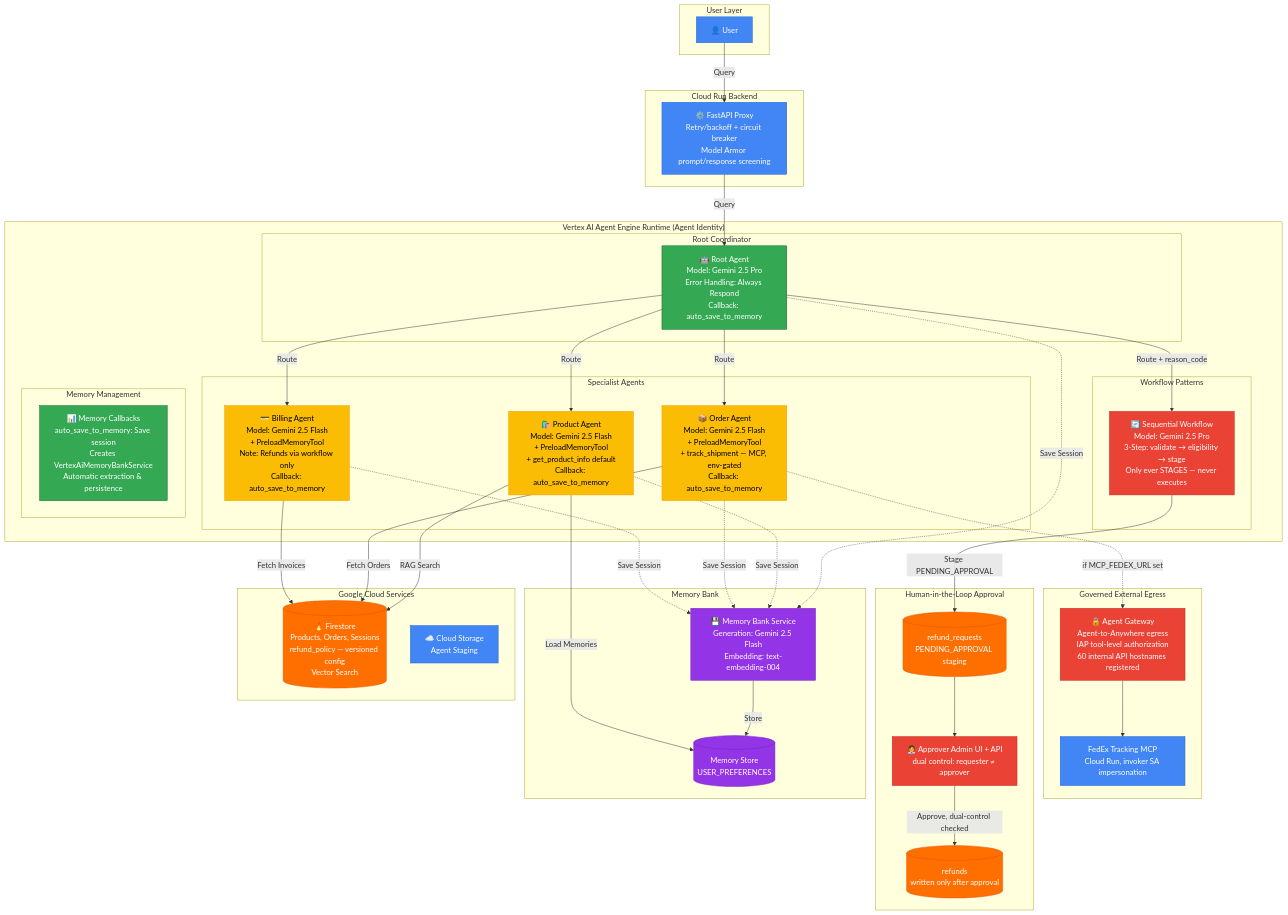
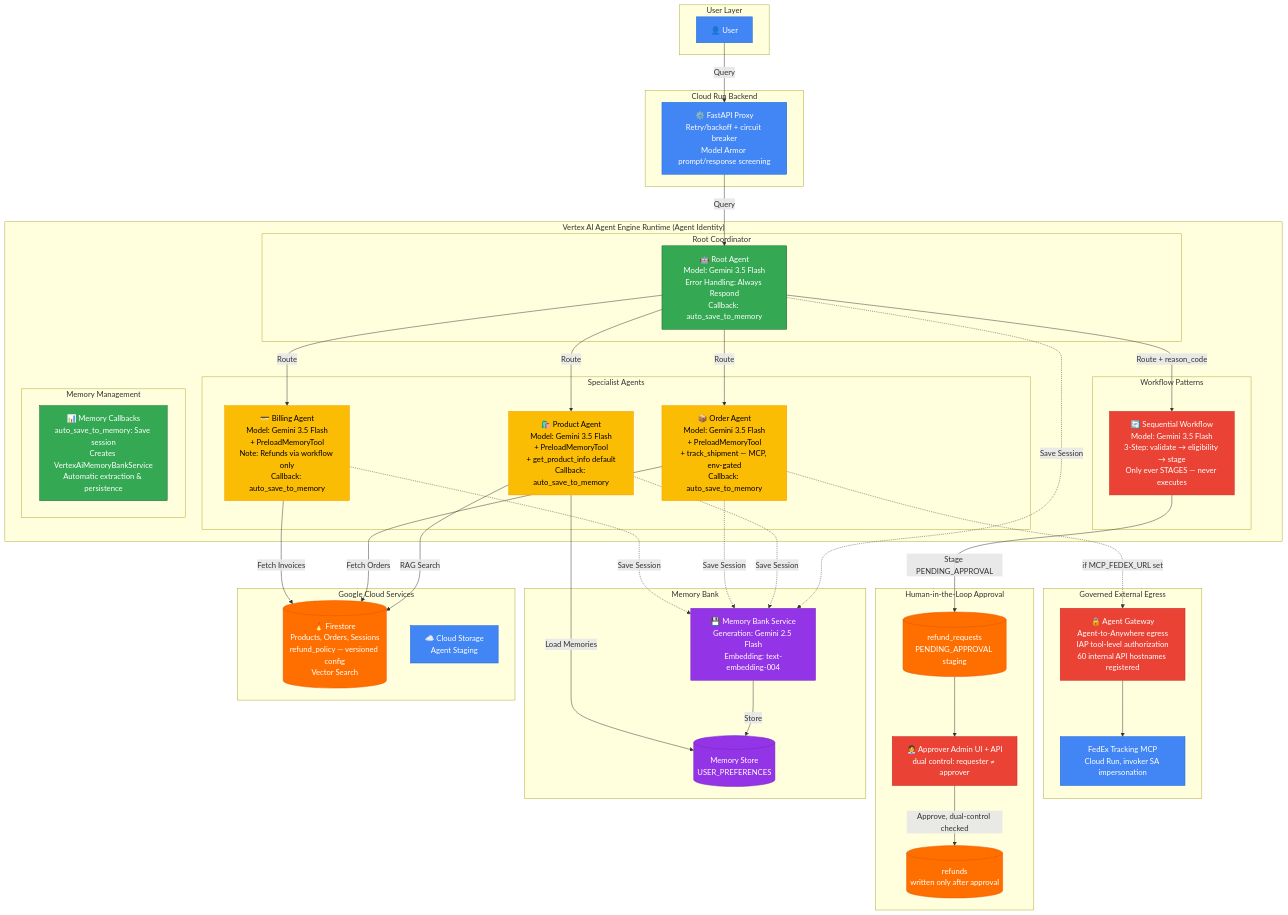
One commit to Saoussen-CH/adk-multiagent-production-template changed the diagram in docs/diagrams/system-overview.mmd. Above: the diagram before and after it, drawn with Mermaid. The commit also changed 10 other files, not shown here.

First line of the commit message:
docs: update stale Gemini 2.5 Pro/Flash references to 3.5 Flash

```diff
--- a/docs/diagrams/system-overview.mmd
+++ b/docs/diagrams/system-overview.mmd
@@ -1,95 +1,95 @@
 %% Multi-Agent Customer Support System - System Overview
 %% Google Cloud Platform Style
 
 graph TB
     subgraph "User Layer"
         User[👤 User]
     end
 
     subgraph "Cloud Run Backend"
         Backend[⚙️ FastAPI Proxy<br/>Retry/backoff + circuit breaker<br/>Model Armor prompt/response screening]
     end
 
     subgraph "Vertex AI Agent Engine Runtime (Agent Identity)"
         subgraph "Root Coordinator"
-            RootAgent[🤖 Root Agent<br/>Model: Gemini 2.5 Pro<br/>Error Handling: Always Respond<br/>Callback: auto_save_to_memory]
+            RootAgent[🤖 Root Agent<br/>Model: Gemini 3.5 Flash<br/>Error Handling: Always Respond<br/>Callback: auto_save_to_memory]
         end
 
         subgraph "Specialist Agents"
-            ProductAgent[🛍️ Product Agent<br/>Model: Gemini 2.5 Flash<br/>+ PreloadMemoryTool<br/>+ get_product_info default<br/>Callback: auto_save_to_memory]
-            OrderAgent[📦 Order Agent<br/>Model: Gemini 2.5 Flash<br/>+ PreloadMemoryTool<br/>+ track_shipment — MCP, env-gated<br/>Callback: auto_save_to_memory]
-            BillingAgent[💳 Billing Agent<br/>Model: Gemini 2.5 Flash<br/>+ PreloadMemoryTool<br/>Note: Refunds via workflow only<br/>Callback: auto_save_to_memory]
+            ProductAgent[🛍️ Product Agent<br/>Model: Gemini 3.5 Flash<br/>+ PreloadMemoryTool<br/>+ get_product_info default<br/>Callback: auto_save_to_memory]
+            OrderAgent[📦 Order Agent<br/>Model: Gemini 3.5 Flash<br/>+ PreloadMemoryTool<br/>+ track_shipment — MCP, env-gated<br/>Callback: auto_save_to_memory]
+            BillingAgent[💳 Billing Agent<br/>Model: Gemini 3.5 Flash<br/>+ PreloadMemoryTool<br/>Note: Refunds via workflow only<br/>Callback: auto_save_to_memory]
         end
 
         subgraph "Workflow Patterns"
-            RefundWorkflow[🔄 Sequential Workflow<br/>Model: Gemini 2.5 Pro<br/>3-Step: validate → eligibility → stage<br/>Only ever STAGES — never executes]
+            RefundWorkflow[🔄 Sequential Workflow<br/>Model: Gemini 3.5 Flash<br/>3-Step: validate → eligibility → stage<br/>Only ever STAGES — never executes]
         end
 
         subgraph "Memory Management"
             Tracking[📊 Memory Callbacks<br/>auto_save_to_memory: Save session<br/>Creates VertexAiMemoryBankService<br/>Automatic extraction & persistence]
         end
     end
 
     subgraph "Governed External Egress"
         Gateway[🔒 Agent Gateway<br/>Agent-to-Anywhere egress<br/>IAP tool-level authorization<br/>60 internal API hostnames registered]
         FedExMCP[FedEx Tracking MCP<br/>Cloud Run, invoker SA impersonation]
     end
 
     subgraph "Human-in-the-Loop Approval"
         Approver[🧑‍💼 Approver Admin UI + API<br/>dual control: requester ≠ approver]
         RefundRequests[(refund_requests<br/>PENDING_APPROVAL staging)]
         RefundsDB[(refunds<br/>written only after approval)]
     end
 
     subgraph "Memory Bank"
         MemoryService[💾 Memory Bank Service<br/>Generation: Gemini 2.5 Flash<br/>Embedding: text-embedding-004]
         MemoryStore[(Memory Store<br/>USER_PREFERENCES)]
     end
 
     subgraph "Google Cloud Services"
         Firestore[(🔥 Firestore<br/>Products, Orders, Sessions<br/>refund_policy — versioned config<br/>Vector Search)]
         CloudStorage[☁️ Cloud Storage<br/>Agent Staging]
     end
 
     User -->|Query| Backend
     Backend -->|Query| RootAgent
     RootAgent -->|Route| ProductAgent
     RootAgent -->|Route| OrderAgent
     RootAgent -->|Route| BillingAgent
     RootAgent -->|Route + reason_code| RefundWorkflow
 
     ProductAgent -->|RAG Search| Firestore
     OrderAgent -->|Fetch Orders| Firestore
     OrderAgent -.->|if MCP_FEDEX_URL set| Gateway
     Gateway --> FedExMCP
     BillingAgent -->|Fetch Invoices| Firestore
 
     RefundWorkflow -->|Stage PENDING_APPROVAL| RefundRequests
     RefundRequests --> Approver
     Approver -->|Approve, dual-control checked| RefundsDB
 
     RootAgent -.->|Save Session| MemoryService
     ProductAgent -.->|Save Session| MemoryService
     OrderAgent -.->|Save Session| MemoryService
     BillingAgent -.->|Save Session| MemoryService
 
     MemoryService -->|Store| MemoryStore
     ProductAgent -->|Load Memories| MemoryStore
 
     style User fill:#4285F4,stroke:#1967D2,color:#fff
     style Backend fill:#4285F4,stroke:#1967D2,color:#fff
     style RootAgent fill:#34A853,stroke:#0D652D,color:#fff
     style ProductAgent fill:#FBBC04,stroke:#F29900,color:#000
     style OrderAgent fill:#FBBC04,stroke:#F29900,color:#000
     style BillingAgent fill:#FBBC04,stroke:#F29900,color:#000
     style RefundWorkflow fill:#EA4335,stroke:#C5221F,color:#fff
     style Tracking fill:#34A853,stroke:#0D652D,color:#fff
     style Gateway fill:#EA4335,stroke:#C5221F,color:#fff
     style FedExMCP fill:#4285F4,stroke:#1967D2,color:#fff
     style Approver fill:#EA4335,stroke:#C5221F,color:#fff
     style RefundRequests fill:#FF6F00,stroke:#E65100,color:#fff
     style RefundsDB fill:#FF6F00,stroke:#E65100,color:#fff
     style MemoryService fill:#9334E6,stroke:#7627BB,color:#fff
     style MemoryStore fill:#9334E6,stroke:#7627BB,color:#fff
     style Firestore fill:#FF6F00,stroke:#E65100,color:#fff
     style CloudStorage fill:#4285F4,stroke:#1967D2,color:#fff
```
